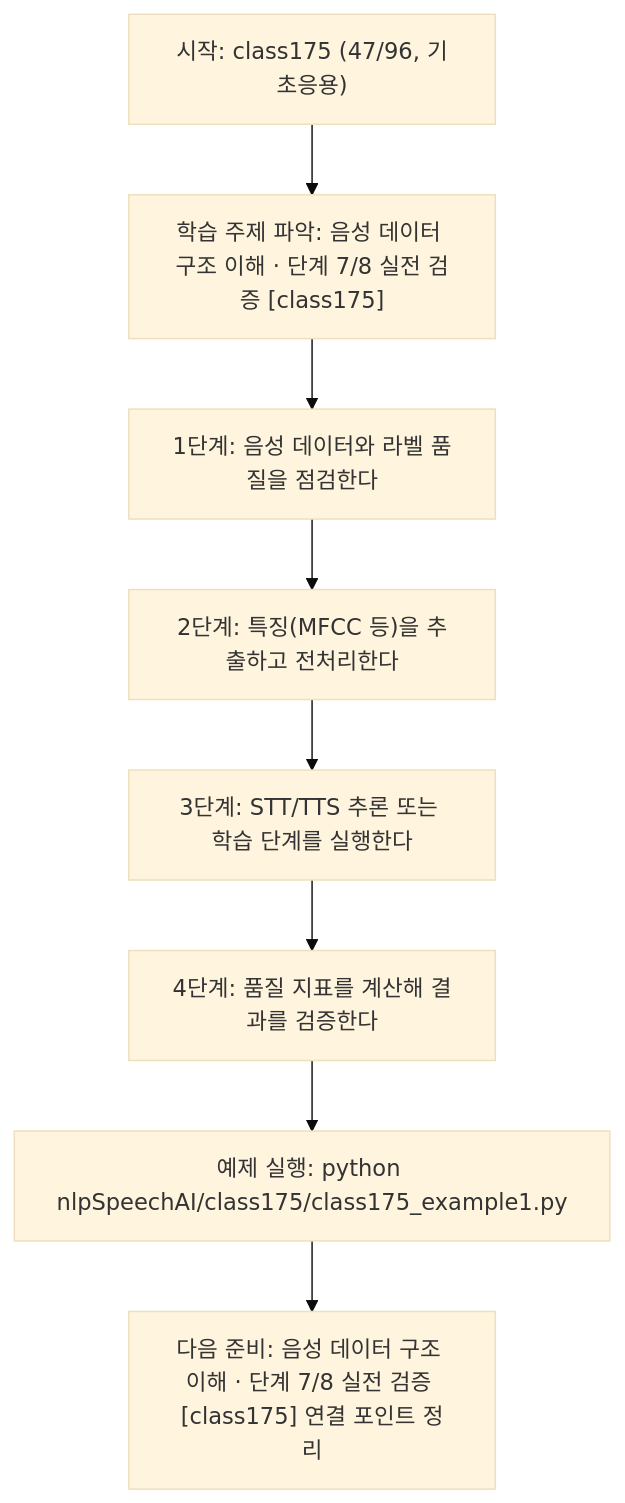
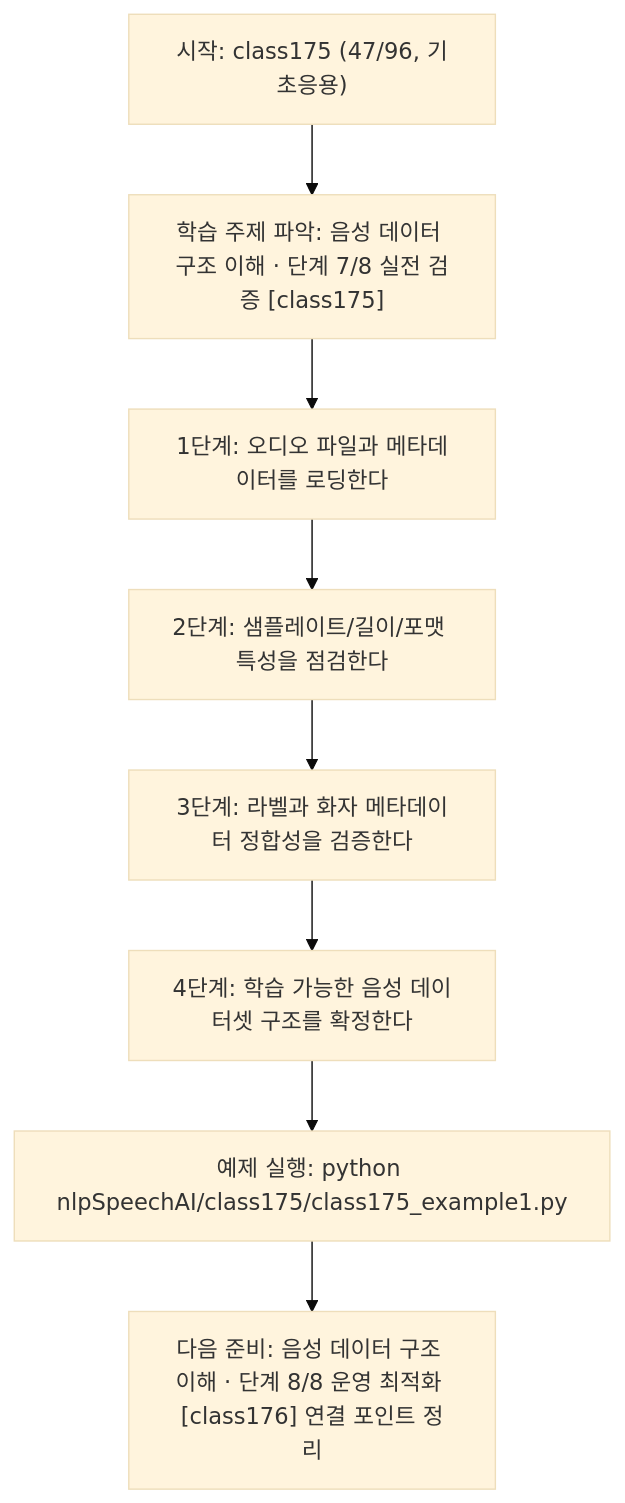
Before and after one commit to edumgt/Python-AI_Agent-Class: the diagram in nlpSpeechAI/class175/class175.md, drawn with Mermaid (base theme). The commit also changed other lines of this file and 1122 other files, not shown here.

````diff
--- a/nlpSpeechAI/class175/class175.md
+++ b/nlpSpeechAI/class175/class175.md
@@ -115,18 +95,18 @@
 ```mermaid
 flowchart TD
 N1["시작: class175 (47/96, 기초응용)"]
 N2["학습 주제 파악: 음성 데이터 구조 이해 · 단계 7/8 실전 검증 [class175]"]
-N3["1단계: 음성 데이터와 라벨 품질을 점검한다"]
-N4["2단계: 특징(MFCC 등)을 추출하고 전처리한다"]
-N5["3단계: STT/TTS 추론 또는 학습 단계를 실행한다"]
-N6["4단계: 품질 지표를 계산해 결과를 검증한다"]
+N3["1단계: 오디오 파일과 메타데이터를 로딩한다"]
+N4["2단계: 샘플레이트/길이/포맷 특성을 점검한다"]
+N5["3단계: 라벨과 화자 메타데이터 정합성을 검증한다"]
+N6["4단계: 학습 가능한 음성 데이터셋 구조를 확정한다"]
 N7["예제 실행: python nlpSpeechAI/class175/class175_example1.py"]
-N8["다음 준비: 음성 데이터 구조 이해 · 단계 7/8 실전 검증 [class175] 연결 포인트 정리"]
+N8["다음 준비: 음성 데이터 구조 이해 · 단계 8/8 운영 최적화 [class176] 연결 포인트 정리"]
 N1 --> N2
 N2 --> N3
 N3 --> N4
 N4 --> N5
 N5 --> N6
 N6 --> N7
 N7 --> N8
 ```
````
